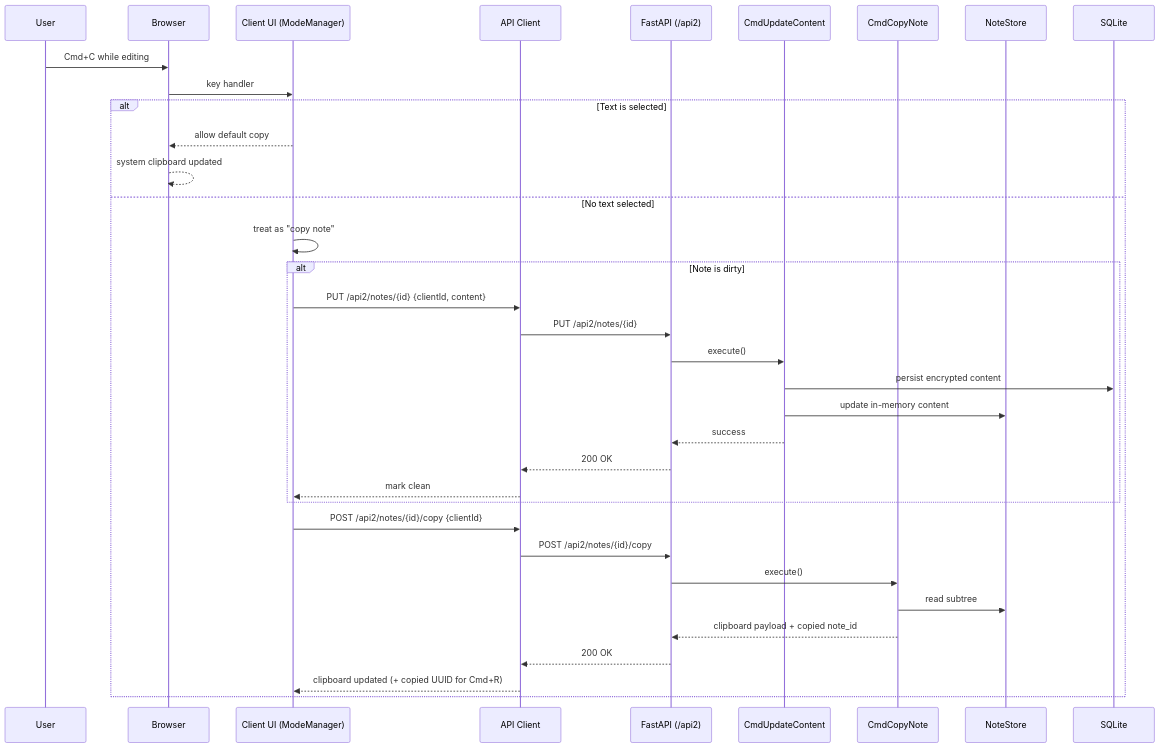
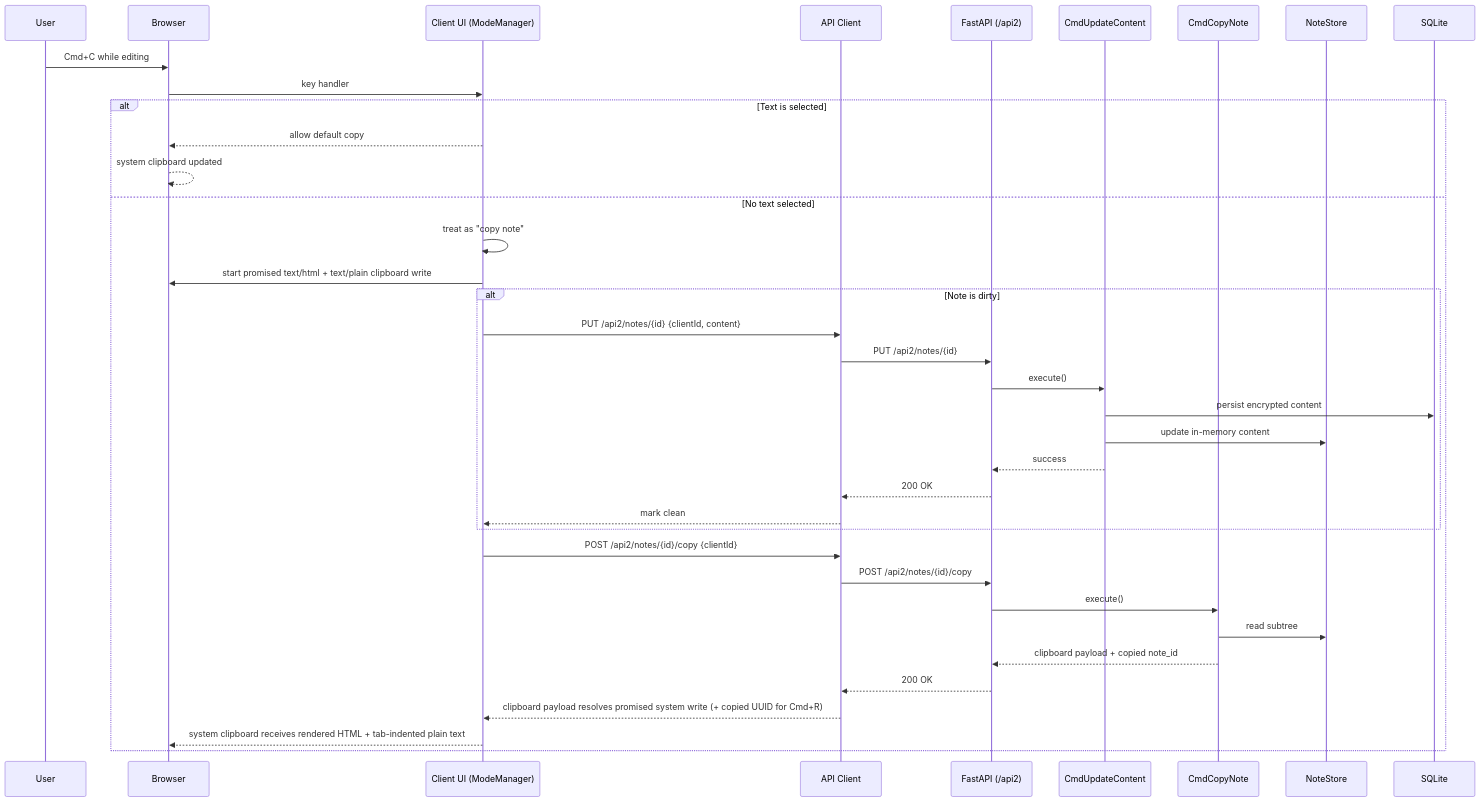
One commit to evolvingstuff/metalist changed the diagram in docs/diagrams/copy-note-flow.md. Above: the diagram before and after it, drawn with Mermaid. The commit also changed other lines of this file and 4 other files, not shown here.

````diff
--- a/docs/diagrams/copy-note-flow.md
+++ b/docs/diagrams/copy-note-flow.md
@@ -8,41 +9,43 @@
 ```mermaid
 sequenceDiagram
     participant U as User
     participant Browser as Browser
     participant Client as Client UI (ModeManager)
     participant API as API Client
     participant Server as FastAPI (/api2)
     participant Update as CmdUpdateContent
     participant Copy as CmdCopyNote
     participant Store as NoteStore
     participant DB as SQLite
 
     U->>Browser: Cmd+C while editing
     Browser->>Client: key handler
 
     alt Text is selected
         Client-->>Browser: allow default copy
         Browser-->>Browser: system clipboard updated
     else No text selected
         Client->>Client: treat as "copy note"
+        Client->>Browser: start promised text/html + text/plain clipboard write
 
         alt Note is dirty
             Client->>API: PUT /api2/notes/{id} {clientId, content}
             API->>Server: PUT /api2/notes/{id}
             Server->>Update: execute()
             Update->>DB: persist encrypted content
             Update->>Store: update in-memory content
             Update-->>Server: success
             Server-->>API: 200 OK
             API-->>Client: mark clean
         end
 
         Client->>API: POST /api2/notes/{id}/copy {clientId}
         API->>Server: POST /api2/notes/{id}/copy
         Server->>Copy: execute()
         Copy->>Store: read subtree
         Copy-->>Server: clipboard payload + copied note_id
         Server-->>API: 200 OK
-        API-->>Client: clipboard updated (+ copied UUID for Cmd+R)
+        API-->>Client: clipboard payload resolves promised system write (+ copied UUID for Cmd+R)
+        Client-->>Browser: system clipboard receives rendered HTML + tab-indented plain text
     end
 ```
````
